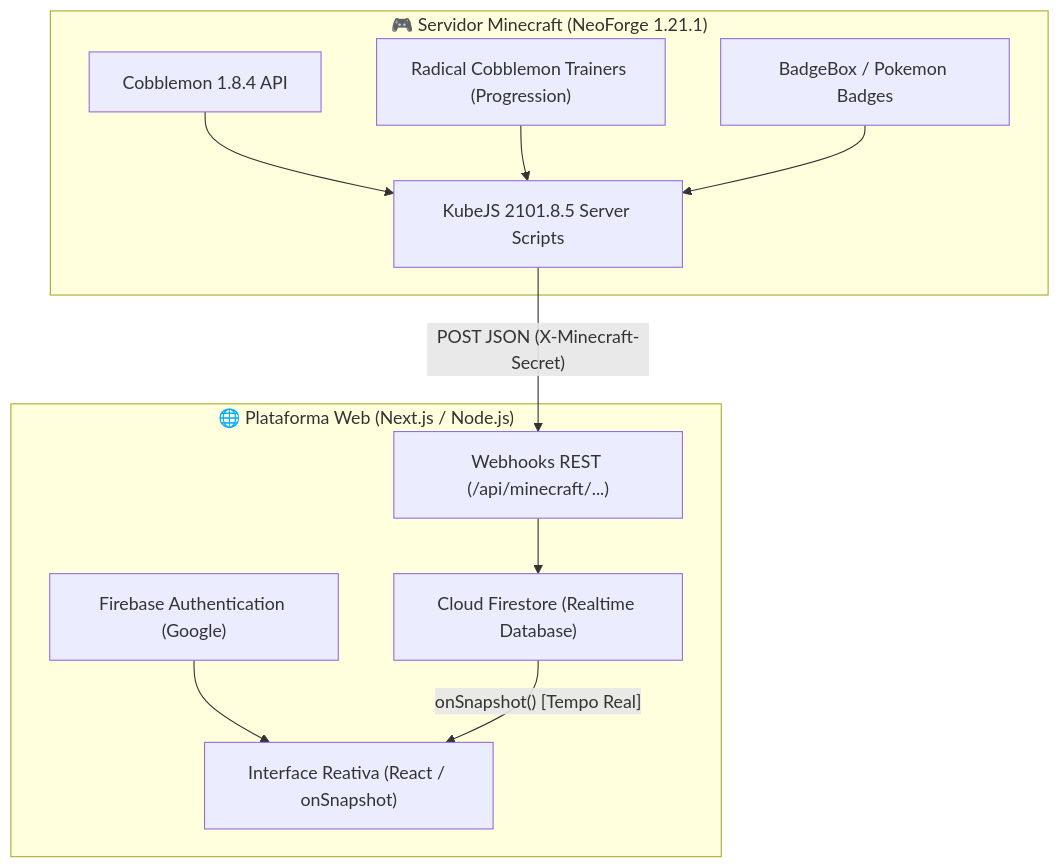
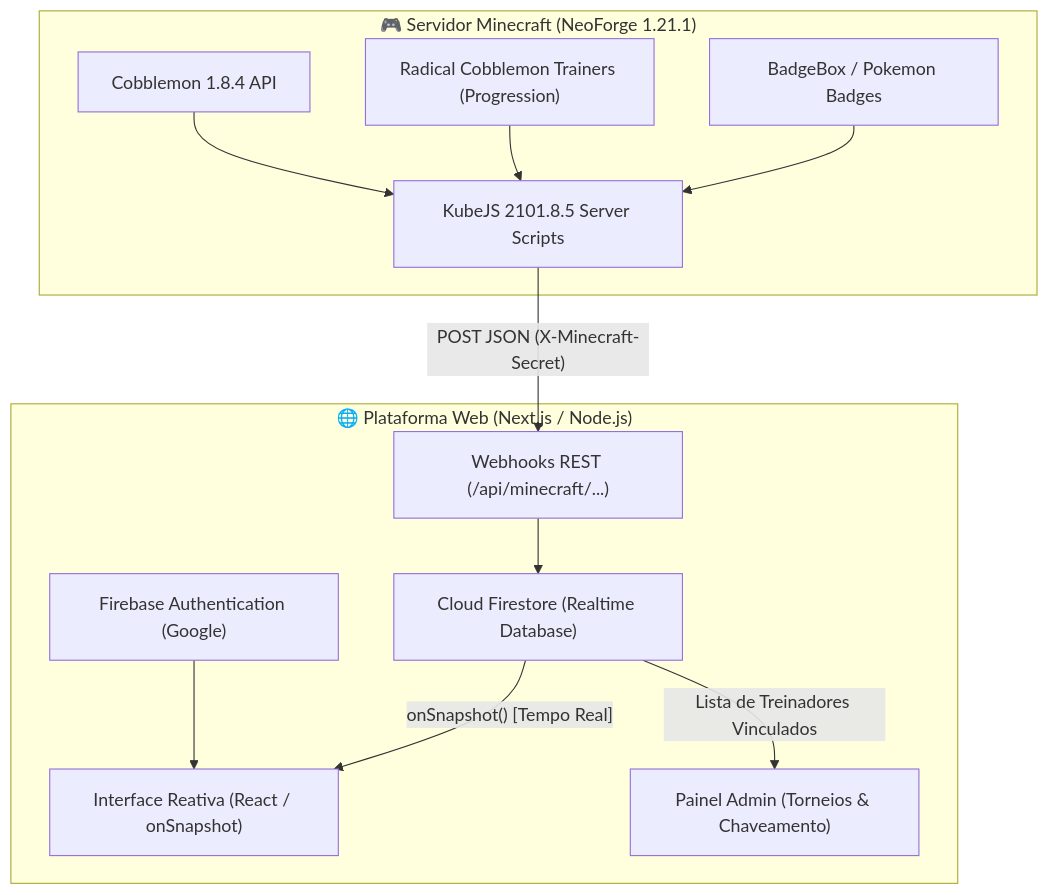
One commit to Ryannzadas/firma-league-modpack changed the diagram in docs/WEB_INTEGRATION_SPEC.md. Above: the diagram before and after it, drawn with Mermaid. The commit also changed other lines of this file, not shown here.

Commit message:
docs: add Trainer ID assignment and Admin Tournament player selector specification

````diff
--- a/docs/WEB_INTEGRATION_SPEC.md
+++ b/docs/WEB_INTEGRATION_SPEC.md
@@ -9,24 +9,26 @@
 ```mermaid
 flowchart TD
     subgraph Minecraft["🎮 Servidor Minecraft (NeoForge 1.21.1)"]
         KJS["KubeJS 2101.8.5 Server Scripts"]
         CBL["Cobblemon 1.8.4 API"]
         RCT["Radical Cobblemon Trainers (Progression)"]
         BDG["BadgeBox / Pokemon Badges"]
     end
 
     subgraph WebApp["🌐 Plataforma Web (Next.js / Node.js)"]
         API["Webhooks REST (/api/minecraft/...)"]
         AUTH["Firebase Authentication (Google)"]
         FS["Cloud Firestore (Realtime Database)"]
+        ADMIN["Painel Admin (Torneios & Chaveamento)"]
         UI["Interface Reativa (React / onSnapshot)"]
     end
 
     CBL --> KJS
     RCT --> KJS
     BDG --> KJS
     KJS -->|"POST JSON (X-Minecraft-Secret)"| API
     API --> FS
     AUTH --> UI
     FS -->|"onSnapshot() [Tempo Real]"| UI
+    FS -->|"Lista de Treinadores Vinculados"| ADMIN
 ```
````
